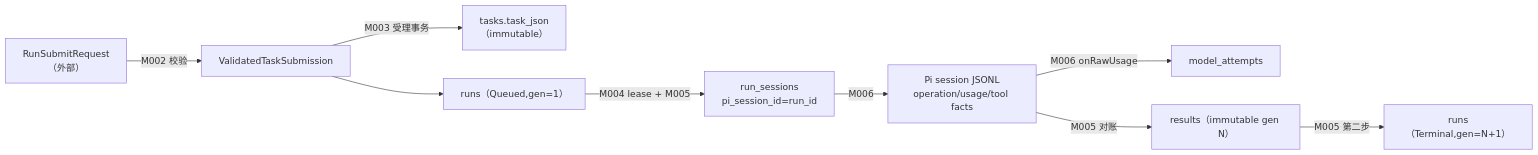
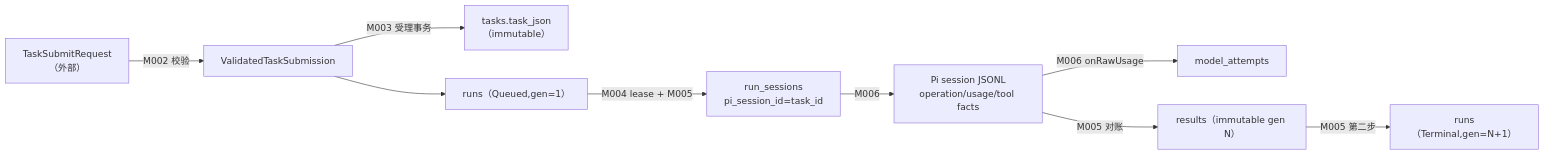
The third of 9 diagrams in docs/20_system_design/mechanisms/piko-run.md (corezilla/piko), drawn with Mermaid before and after one commit. The commit also changed other lines of this file and 20 other files, not shown here.

````diff
--- a/docs/20_system_design/mechanisms/piko-run.md
+++ b/docs/20_system_design/mechanisms/piko-run.md
@@ -186,11 +188,11 @@
 ```mermaid
 flowchart LR
-  REQ["RunSubmitRequest<br/>（外部）"] -->|M002 校验| VTS["ValidatedTaskSubmission"]
+  REQ["TaskSubmitRequest<br/>（外部）"] -->|M002 校验| VTS["ValidatedTaskSubmission"]
   VTS -->|M003 受理事务| TASK["tasks.task_json<br/>（immutable）"]
   VTS --> RUN["runs（Queued,gen=1）"]
-  RUN -->|M004 lease + M005| RS["run_sessions<br/>pi_session_id=run_id"]
+  RUN -->|M004 lease + M005| RS["run_sessions<br/>pi_session_id=task_id"]
   RS -->|M006| PI["Pi session JSONL<br/>operation/usage/tool facts"]
   PI -->|M006 onRawUsage| MA["model_attempts"]
   PI -->|M005 对账| RES["results（immutable gen N）"]
   RES -->|M005 第二步| RUN2["runs（Terminal,gen=N+1）"]
 ```
````
